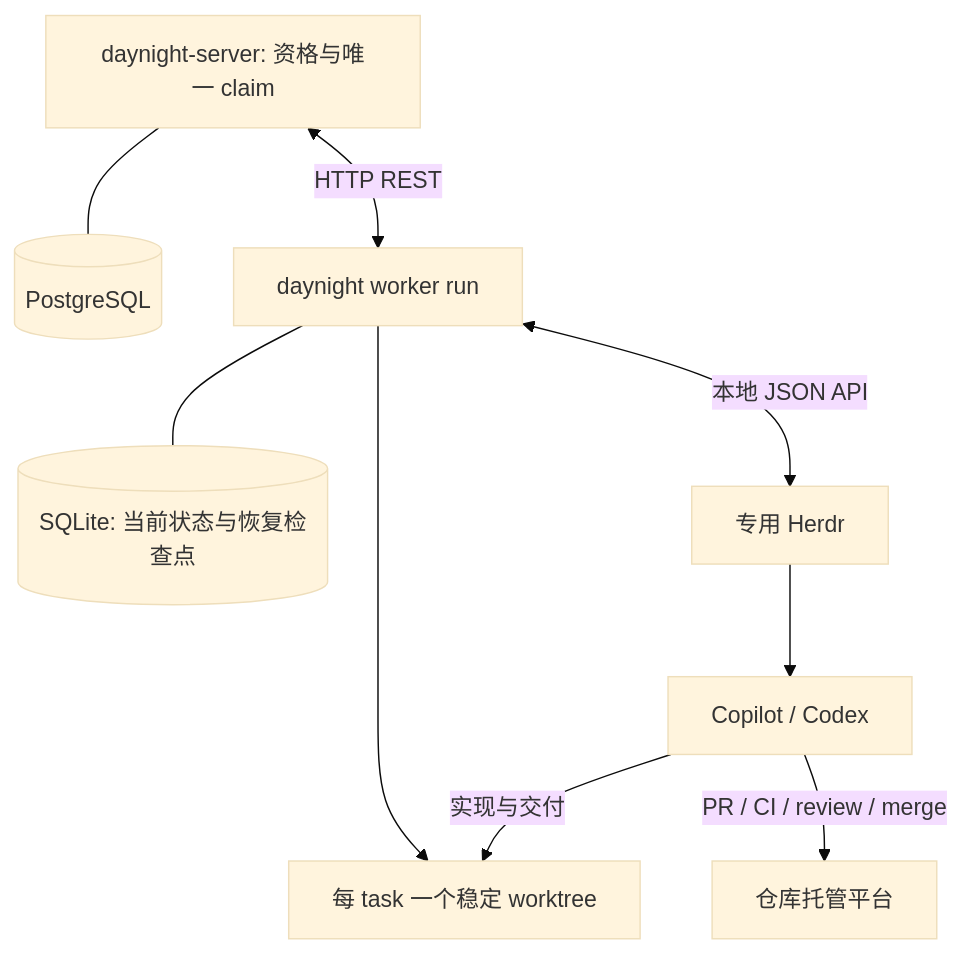
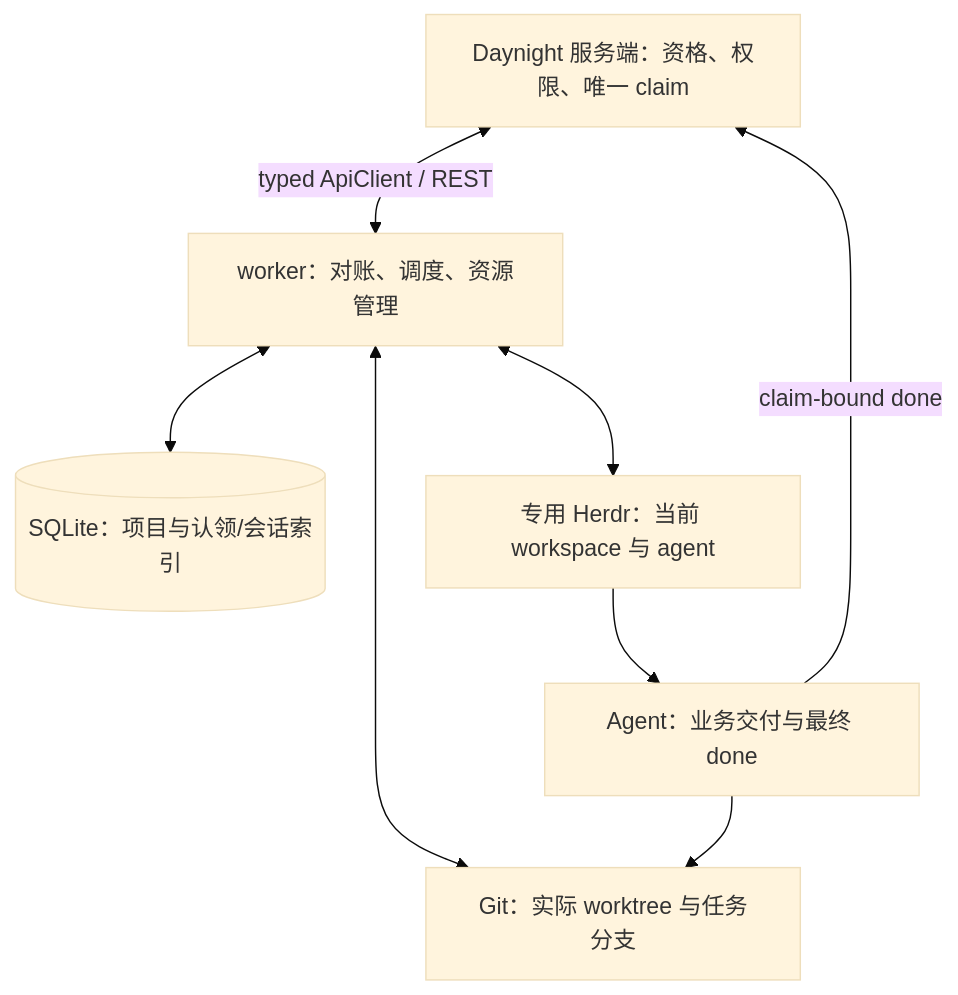
The diagram in docs/design/daynight-worker.md (codetreker/daynight), drawn with Mermaid (base theme) before and after one commit. The commit also changed other lines of this file and 53 other files, not shown here.

````diff
--- a/docs/design/daynight-worker.md
+++ b/docs/design/daynight-worker.md
@@ -21,11 +7,16 @@
 ```mermaid
 flowchart TB
-  S[daynight-server: 资格与唯一 claim] --- P[(PostgreSQL)]
-  S <-->|HTTP REST| W[daynight worker run]
-  W --- D[(SQLite: 当前状态与恢复检查点)]
-  W --> G[每 task 一个稳定 worktree]
-  W <-->|本地 JSON API| H[专用 Herdr]
-  H --> A[Copilot / Codex]
-  A -->|实现与交付| G
-  A -->|PR / CI / review / merge| R[仓库托管平台]
+  S[Daynight 服务端：资格、权限、唯一 claim]
+  W[worker：对账、调度、资源管理]
+  D[(SQLite：项目与认领/会话索引)]
+  H[专用 Herdr：当前 workspace 与 agent]
+  G[Git：实际 worktree 与任务分支]
+  A[Agent：业务交付与最终 done]
+  S <-->|typed ApiClient / REST| W
+  W <--> D
+  W <--> H
+  W <--> G
+  H --> A
+  A --> G
+  A -->|claim-bound done| S
 ```
````
